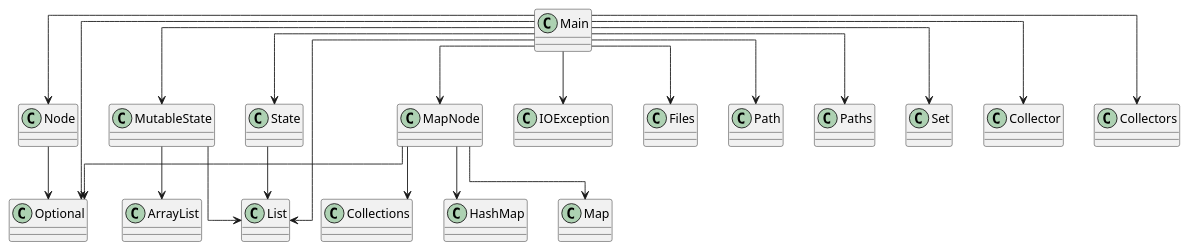
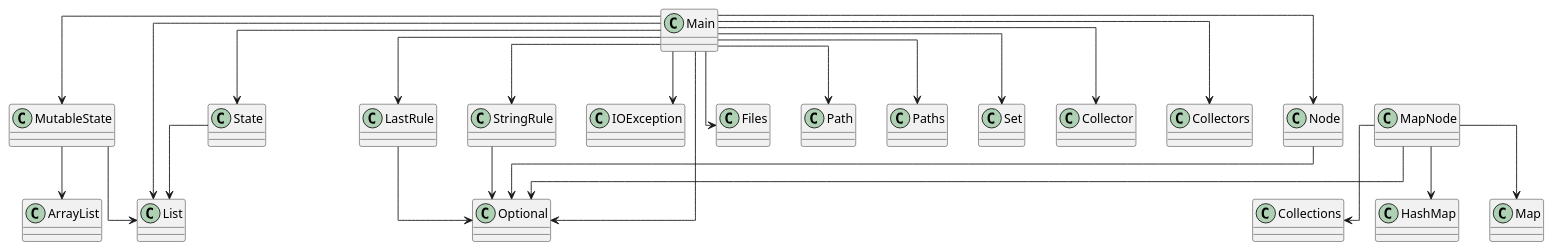
The diagram in diagram.puml (SirMathhman/Magma), drawn with PlantUML before and after one commit. The commit also changed 3 other files, not shown here.

```diff
--- a/diagram.puml
+++ b/diagram.puml
@@ -1,30 +1,35 @@
 @startuml
 skinparam linetype ortho
 class Node
 Node --> Optional
 class MutableState
 MutableState --> ArrayList
 MutableState --> List
 class Main
-Main --> MapNode
+Main --> LastRule
 Main --> MutableState
 Main --> Node
 Main --> State
+Main --> StringRule
 Main --> IOException
 Main --> Files
 Main --> Path
 Main --> Paths
 Main --> List
 Main --> Optional
 Main --> Set
 Main --> Collector
 Main --> Collectors
+class StringRule
+StringRule --> Optional
+class LastRule
+LastRule --> Optional
 class MapNode
 MapNode --> Collections
 MapNode --> HashMap
 MapNode --> Map
 MapNode --> Optional
 class State
 State --> List
 
 @enduml
```
